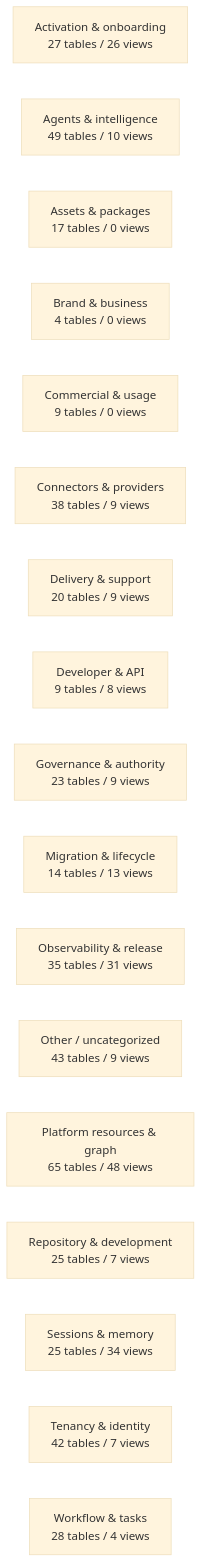
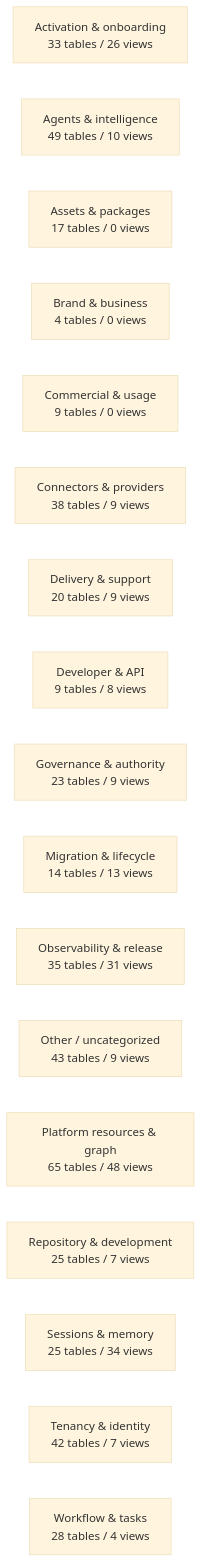
One commit to mad4bdigital-ai/multi-business-multi-role-growth-intelligence-os changed the diagram in docs/work-maps/data-model-domain-map.md. Above: the diagram before and after it, drawn with Mermaid (base theme). The commit also changed other lines of this file and 7 other files, not shown here.

````diff
--- a/docs/work-maps/data-model-domain-map.md
+++ b/docs/work-maps/data-model-domain-map.md
@@ -9,20 +9,20 @@
 ```mermaid
 flowchart LR
-  n_Activation___onboarding["Activation & onboarding<br/>27 tables / 26 views"]
+  n_Activation___onboarding["Activation & onboarding<br/>33 tables / 26 views"]
   n_Agents___intelligence["Agents & intelligence<br/>49 tables / 10 views"]
   n_Assets___packages["Assets & packages<br/>17 tables / 0 views"]
   n_Brand___business["Brand & business<br/>4 tables / 0 views"]
   n_Commercial___usage["Commercial & usage<br/>9 tables / 0 views"]
   n_Connectors___providers["Connectors & providers<br/>38 tables / 9 views"]
   n_Delivery___support["Delivery & support<br/>20 tables / 9 views"]
   n_Developer___API["Developer & API<br/>9 tables / 8 views"]
   n_Governance___authority["Governance & authority<br/>23 tables / 9 views"]
   n_Migration___lifecycle["Migration & lifecycle<br/>14 tables / 13 views"]
   n_Observability___release["Observability & release<br/>35 tables / 31 views"]
   n_Other___uncategorized["Other / uncategorized<br/>43 tables / 9 views"]
   n_Platform_resources___graph["Platform resources & graph<br/>65 tables / 48 views"]
   n_Repository___development["Repository & development<br/>25 tables / 7 views"]
   n_Sessions___memory["Sessions & memory<br/>25 tables / 34 views"]
   n_Tenancy___identity["Tenancy & identity<br/>42 tables / 7 views"]
   n_Workflow___tasks["Workflow & tasks<br/>28 tables / 4 views"]
 ```
````
